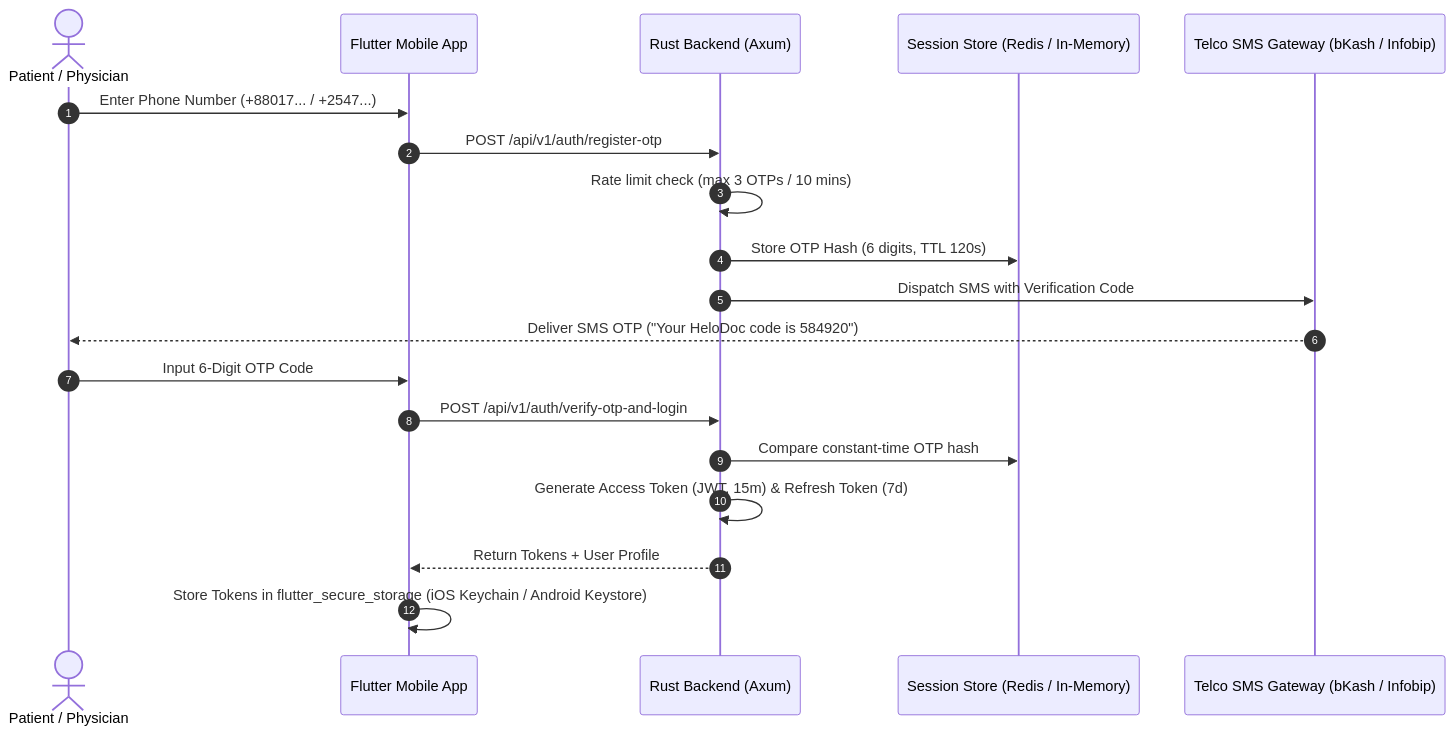
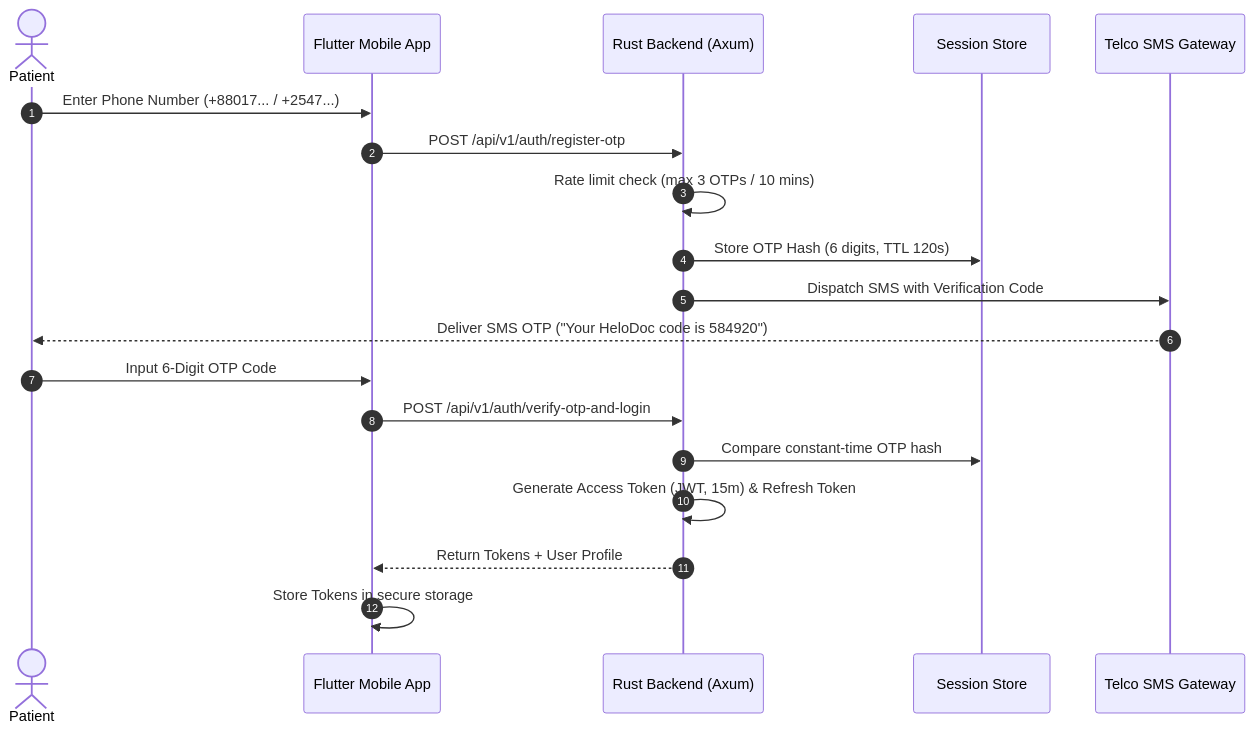
Before and after one commit to MeherabHS/hellodoctor: the diagram in docs/AUTH_SECURITY.md, drawn with Mermaid. The commit also changed other lines of this file and 42 other files, not shown here.

````diff
--- a/docs/AUTH_SECURITY.md
+++ b/docs/AUTH_SECURITY.md
@@ -14,22 +14,22 @@
 ```mermaid
 sequenceDiagram
     autonumber
-    actor User as Patient / Physician
+    actor User as Patient
     participant App as Flutter Mobile App
     participant API as Rust Backend (Axum)
-    participant Redis as Session Store (Redis / In-Memory)
-    participant SMS as Telco SMS Gateway (bKash / Infobip)
+    participant Redis as Session Store
+    participant SMS as Telco SMS Gateway
 
     User->>App: Enter Phone Number (+88017... / +2547...)
     App->>API: POST /api/v1/auth/register-otp
     API->>API: Rate limit check (max 3 OTPs / 10 mins)
     API->>Redis: Store OTP Hash (6 digits, TTL 120s)
     API->>SMS: Dispatch SMS with Verification Code
     SMS-->>User: Deliver SMS OTP ("Your HeloDoc code is 584920")
     User->>App: Input 6-Digit OTP Code
     App->>API: POST /api/v1/auth/verify-otp-and-login
     API->>Redis: Compare constant-time OTP hash
-    API->>API: Generate Access Token (JWT, 15m) & Refresh Token (7d)
+    API->>API: Generate Access Token (JWT, 15m) & Refresh Token
     API-->>App: Return Tokens + User Profile
-    App->>App: Store Tokens in flutter_secure_storage (iOS Keychain / Android Keystore)
+    App->>App: Store Tokens in secure storage
 ```
````
